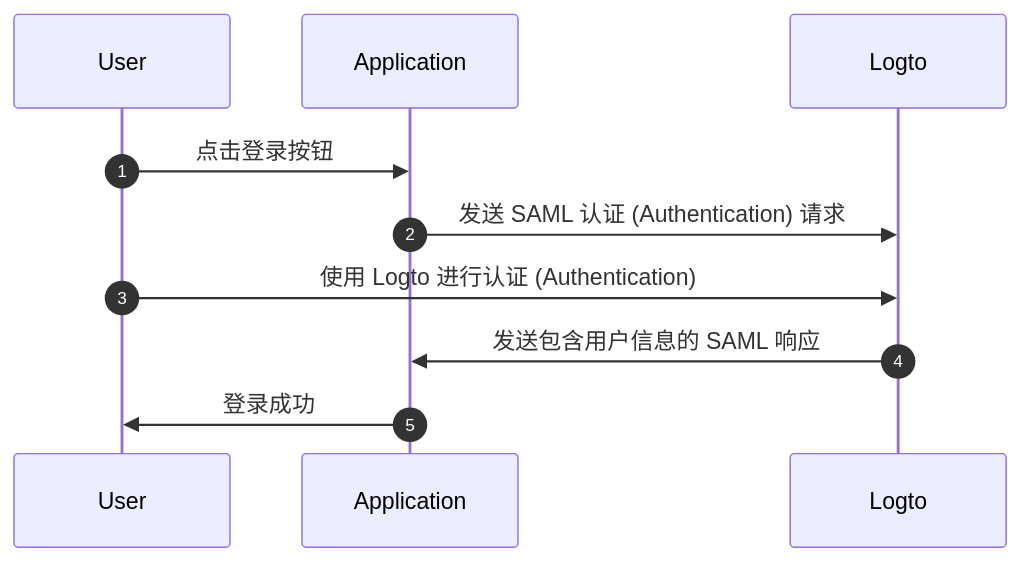
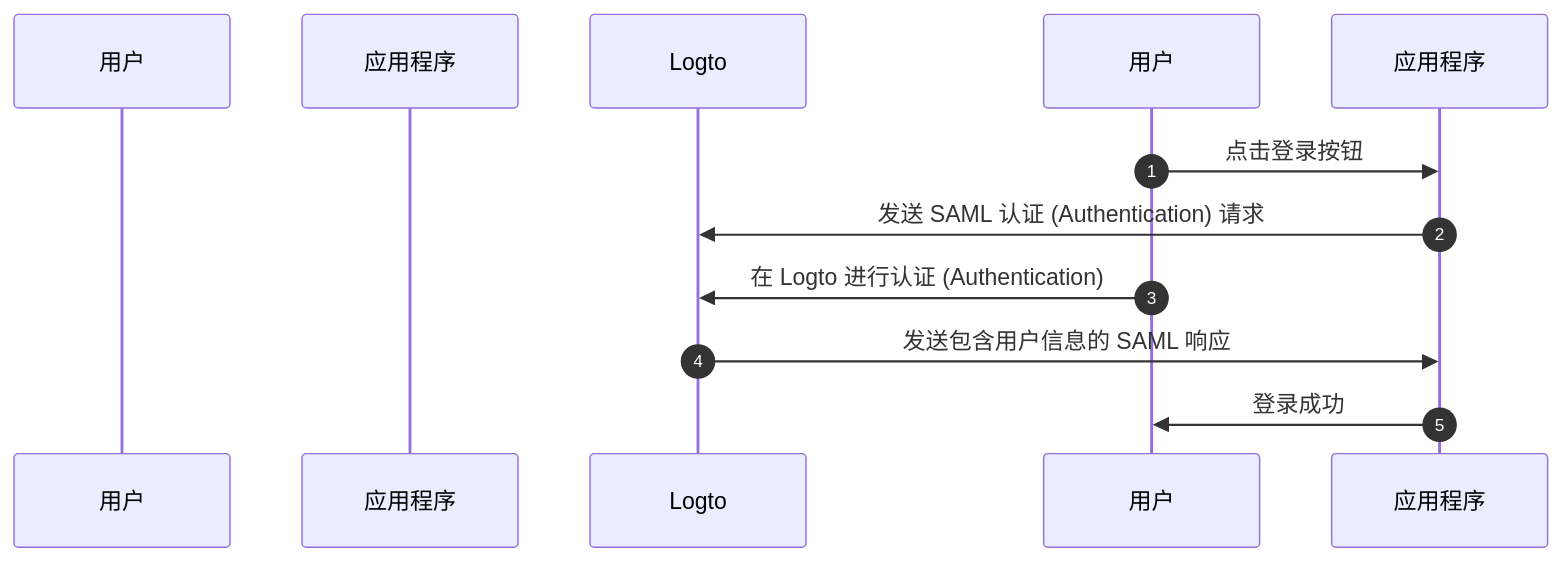
The fourth of 4 diagrams in i18n/zh-CN/docusaurus-plugin-content-docs/current/integrate-logto/integrate-logto-into-your-application/understand-authentication-flow.mdx (logto-io/docs), drawn with Mermaid before and after one commit. The commit also changed other lines of this file and 44 other files, not shown here.

````diff
--- a/i18n/zh-CN/docusaurus-plugin-content-docs/current/integrate-logto/integrate-logto-into-your-application/understand-authentication-flow.mdx
+++ b/i18n/zh-CN/docusaurus-plugin-content-docs/current/integrate-logto/integrate-logto-into-your-application/understand-authentication-flow.mdx
@@ -69,13 +97,13 @@
 ```mermaid
 sequenceDiagram
     autonumber
-    participant User
-    participant Application
+    participant User as 用户
+    participant Application as 应用程序
     participant Logto
 
-    User->>Application: 点击登录按钮
-    Application->>Logto: 发送 SAML 认证 (Authentication) 请求
-    User->>Logto: 使用 Logto 进行认证 (Authentication)
-    Logto->>Application: 发送包含用户信息的 SAML 响应
-    Application->>User: 登录成功
+    用户->>应用程序: 点击登录按钮
+    应用程序->>Logto: 发送 SAML 认证 (Authentication) 请求
+    用户->>Logto: 在 Logto 进行认证 (Authentication)
+    Logto->>应用程序: 发送包含用户信息的 SAML 响应
+    应用程序->>用户: 登录成功
 ```
````
